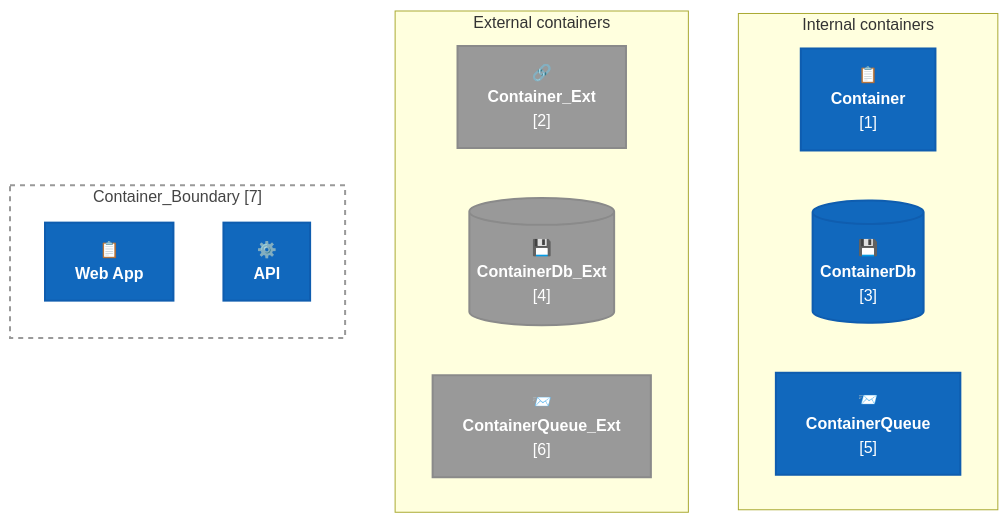
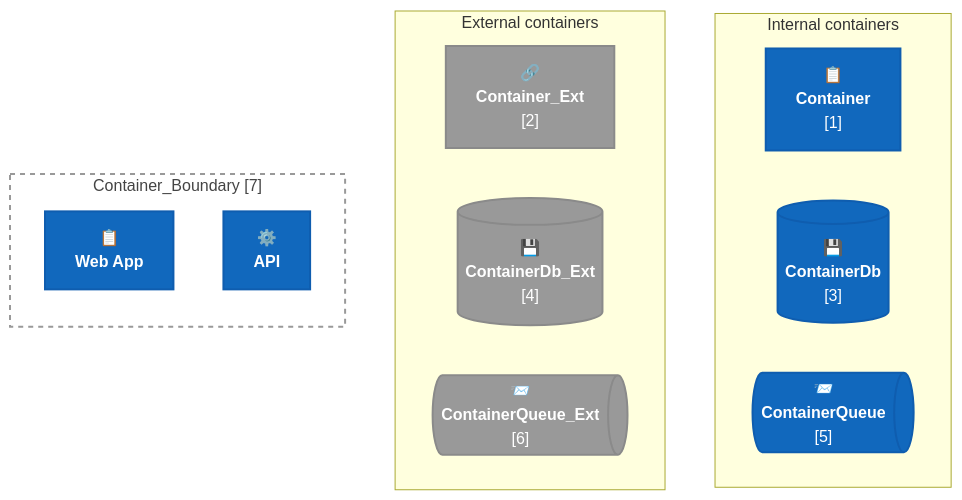
One commit to LockTar/C4-Modeling-in-Mermaid changed the first of 6 diagrams in C4-cheatsheets/C4-Container-Diagram-Mermaid-Flowchart-Cheatsheet.md. Above: the diagram before and after it, drawn with Mermaid. The commit also changed other lines of this file and 2 other files, not shown here.

Commit message:
Update queue shapes and labels in C4 cheatsheets for consistency

````diff
--- a/C4-cheatsheets/C4-Container-Diagram-Mermaid-Flowchart-Cheatsheet.md
+++ b/C4-cheatsheets/C4-Container-Diagram-Mermaid-Flowchart-Cheatsheet.md
@@ -40,38 +40,38 @@
 ```mermaid
 flowchart TB
     classDef Container fill:#1168bd,stroke:#0f5daf,color:#fff,stroke-width:2px;
     classDef ContainerExt fill:#999999,stroke:#8a8a8a,color:#fff,stroke-width:2px;
     classDef ContainerDb fill:#1168bd,stroke:#0f5daf,color:#fff,stroke-width:2px;
     classDef ContainerDbExt fill:#999999,stroke:#8a8a8a,color:#fff,stroke-width:2px;
     classDef ContainerQueue fill:#1168bd,stroke:#0f5daf,color:#fff,stroke-width:2px;
     classDef ContainerQueueExt fill:#999999,stroke:#8a8a8a,color:#fff,stroke-width:2px;
     classDef ContainerBoundary fill:none,stroke:#999,stroke-width:2px,stroke-dasharray: 5 5,color:#444;
 
     subgraph internal["Internal containers"]
         direction LR
         c1["📋<br/><b>Container</b><br/>[1]"]
         cdb1[("💾<br/><b>ContainerDb</b><br/>[3]")]
-        cq1["📨<br/><b>ContainerQueue</b><br/>[5]"]
+        cq1@{ shape: das, label: "📨<br/><b>ContainerQueue</b><br/>[5]" }
     end
     class c1 Container
     class cdb1 ContainerDb
     class cq1 ContainerQueue
 
     subgraph external["External containers"]
         direction LR
         c2["🔗<br/><b>Container_Ext</b><br/>[2]"]
         cdb2[("💾<br/><b>ContainerDb_Ext</b><br/>[4]")]
-        cq2["📨<br/><b>ContainerQueue_Ext</b><br/>[6]"]
+        cq2@{ shape: das, label: "📨<br/><b>ContainerQueue_Ext</b><br/>[6]" }
     end
     class c2 ContainerExt
     class cdb2 ContainerDbExt
     class cq2 ContainerQueueExt
 
     subgraph boundary1["Container_Boundary [7]"]
         direction TB
         b1["📋<br/><b>Web App</b>"]
         b2["⚙️<br/><b>API</b>"]
     end
     class b1,b2 Container
     class boundary1 ContainerBoundary
 ```
````
